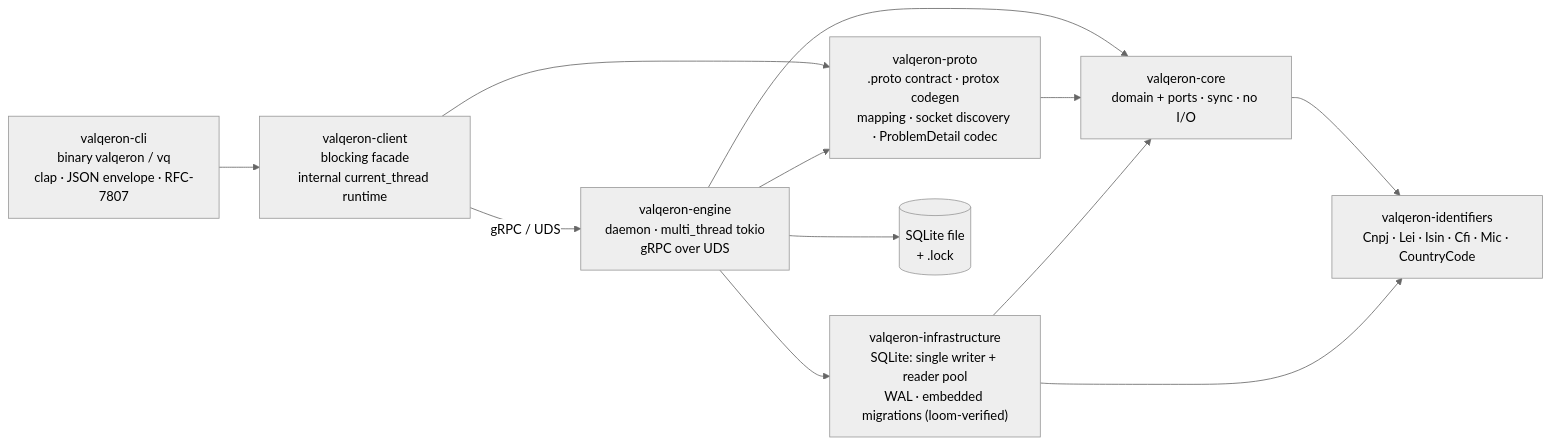
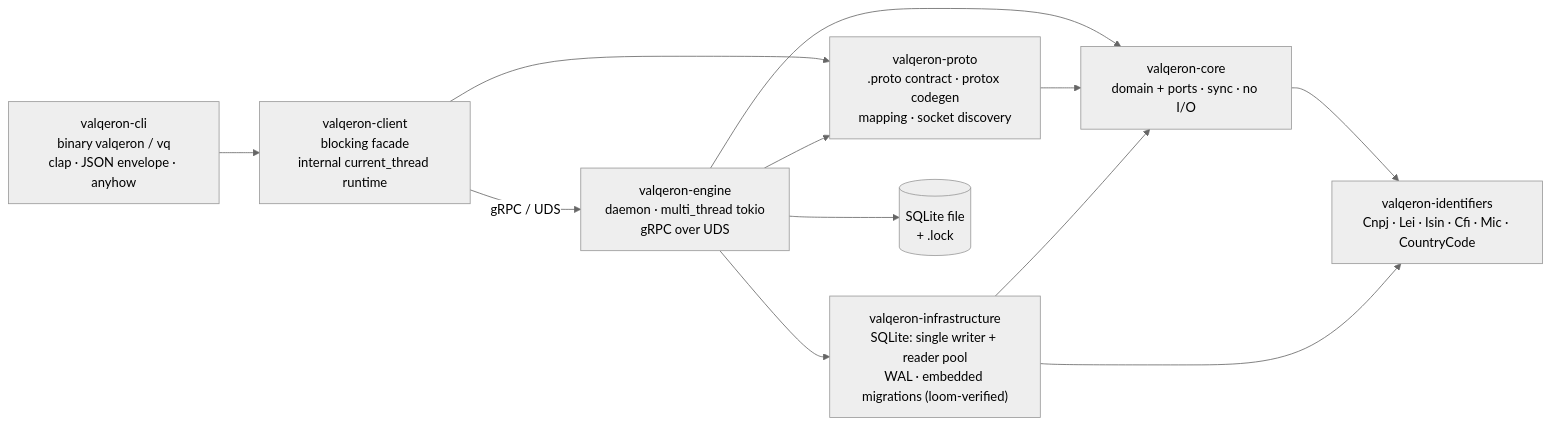
The first of 2 diagrams in docs/architecture/engine.md (lpfmongo/valqeron), drawn with Mermaid (neutral theme) before and after one commit. The commit also changed other lines of this file and 21 other files, not shown here.

````diff
--- a/docs/architecture/engine.md
+++ b/docs/architecture/engine.md
@@ -11,21 +11,21 @@
 ```mermaid
 graph LR
-    CLI["valqeron-cli<br/>binary valqeron / vq<br/>clap · JSON envelope · RFC-7807"]
+    CLI["valqeron-cli<br/>binary valqeron / vq<br/>clap · JSON envelope · anyhow"]
     CLIENT["valqeron-client<br/>blocking facade<br/>internal current_thread runtime"]
-    PROTO["valqeron-proto<br/>.proto contract · protox codegen<br/>mapping · socket discovery · ProblemDetail codec"]
+    PROTO["valqeron-proto<br/>.proto contract · protox codegen<br/>mapping · socket discovery"]
     ENGINE["valqeron-engine<br/>daemon · multi_thread tokio<br/>gRPC over UDS"]
     INFRA["valqeron-infrastructure<br/>SQLite: single writer + reader pool<br/>WAL · embedded migrations (loom-verified)"]
     CORE["valqeron-core<br/>domain + ports · sync · no I/O"]
     IDS["valqeron-identifiers<br/>Cnpj · Lei · Isin · Cfi · Mic · CountryCode"]
     DB[("SQLite file<br/>+ <db>.lock")]
     CLI --> CLIENT --> PROTO
     ENGINE --> PROTO
     ENGINE --> INFRA
     ENGINE --> CORE
     PROTO --> CORE
     INFRA --> CORE
     CORE --> IDS
     INFRA --> IDS
     CLIENT -->|gRPC / UDS| ENGINE
     ENGINE --> DB
 ```
````
